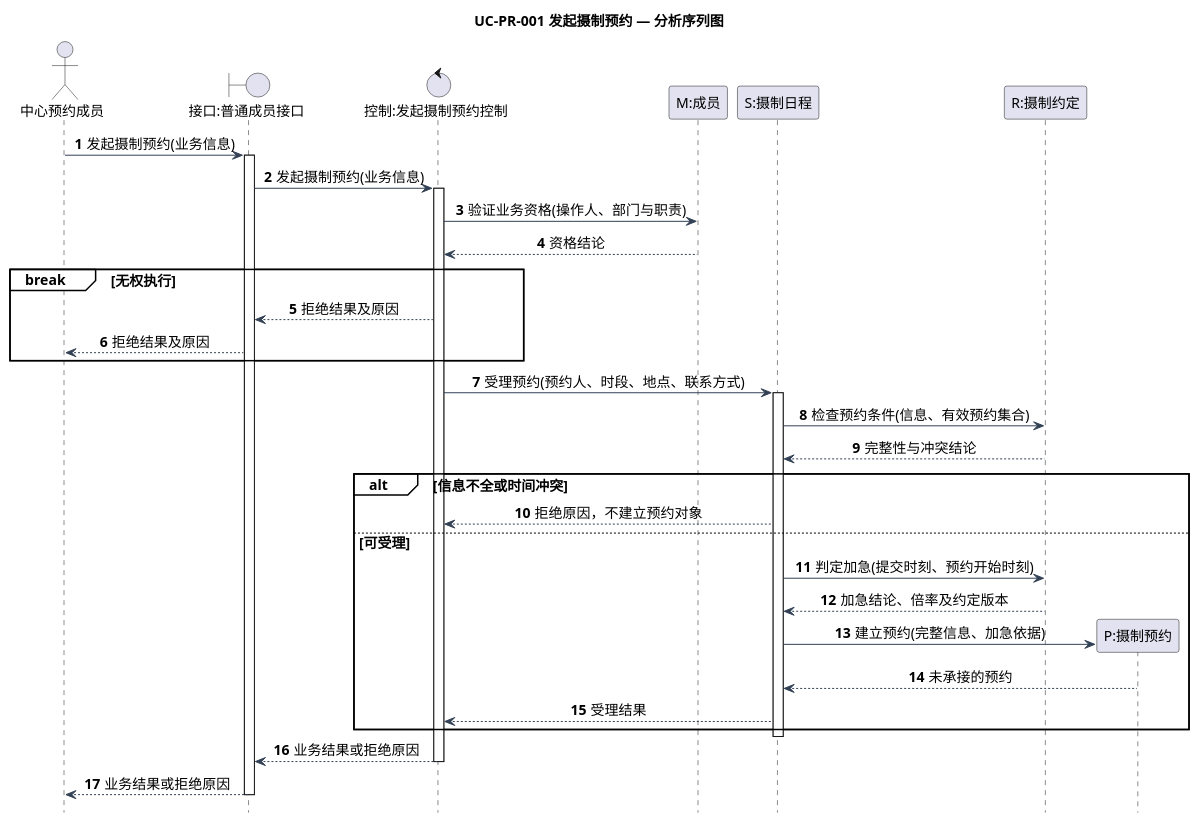
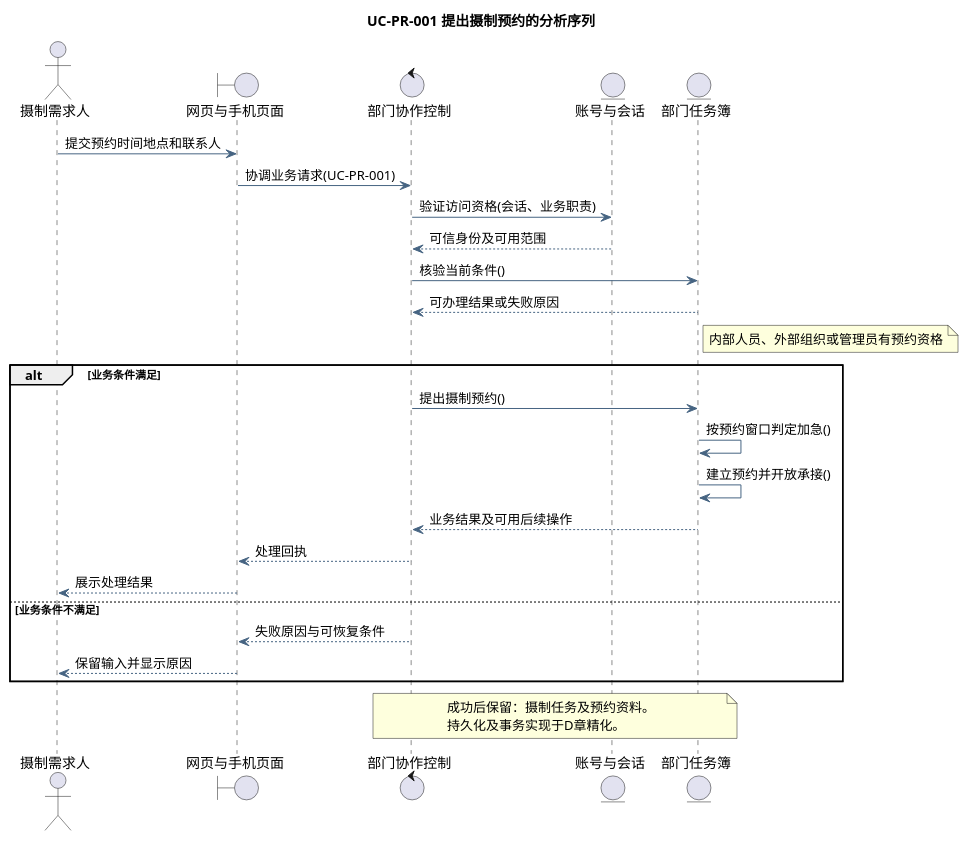
One commit to tccc1csu/miniprogram-csu changed the diagram in docs/diagrams/analysis/seq-uc-pr-001.puml. Above: the diagram before and after it, drawn with PlantUML. The commit also changed 376 other files, not shown here.

Commit message:
docs: align course UML and engineering documents with unified workbench

```diff
--- a/docs/diagrams/analysis/seq-uc-pr-001.puml
+++ b/docs/diagrams/analysis/seq-uc-pr-001.puml
@@ -1,54 +1,39 @@
 @startuml
-title UC-PR-001 发起摄制预约 — 分析序列图
 skinparam defaultFontName Microsoft YaHei
-skinparam defaultFontSize 14
 skinparam shadowing false
-skinparam backgroundColor white
+skinparam backgroundColor #FFFFFF
+skinparam ArrowColor #466482
 skinparam classAttributeIconSize 0
-skinparam classBackgroundColor #F5FAFF
-skinparam classBorderColor #46637F
-skinparam ArrowColor #334155
-skinparam nodesep 35
-skinparam ranksep 45
-hide footbox
-autonumber
-skinparam sequenceMessageAlign center
-skinparam sequenceGroupBackgroundColor white
-actor "中心预约成员" as A
-boundary "接口:普通成员接口" as B
-control "控制:发起摄制预约控制" as C
-participant "M:成员" as M
-participant "S:摄制日程" as S
-participant "R:摄制约定" as R
-A -> B: 发起摄制预约(业务信息)
-activate B
-B -> C: 发起摄制预约(业务信息)
-activate C
-C -> M: 验证业务资格(操作人、部门与职责)
-M --> C: 资格结论
-break 无权执行
-  C --> B: 拒绝结果及原因
-  B --> A: 拒绝结果及原因
+hide empty members
+title UC-PR-001 提出摄制预约的分析序列
+actor "摄制需求人" as actor
+boundary "网页与手机页面" as page
+control "部门协作控制" as ctl
+entity "账号与会话" as identity
+entity "部门任务簿" as model
+actor -> page : 提交预约时间地点和联系人
+page -> ctl : 协调业务请求(UC-PR-001)
+ctl -> identity : 验证访问资格(会话、业务职责)
+identity --> ctl : 可信身份及可用范围
+ctl -> model : 核验当前条件()
+model --> ctl : 可办理结果或失败原因
+note right of model
+内部人员、外部组织或管理员有预约资格
+end note
+alt 业务条件满足
+ctl -> model : 提出摄制预约()
+model -> model : 按预约窗口判定加急()
+model -> model : 建立预约并开放承接()
+model --> ctl : 业务结果及可用后续操作
+ctl --> page : 处理回执
+page --> actor : 展示处理结果
+else 业务条件不满足
+ctl --> page : 失败原因与可恢复条件
+page --> actor : 保留输入并显示原因
 end
+note over ctl,model
+成功后保留：摄制任务及预约资料。
+持久化及事务实现于D章精化。
+end note
 
-C -> S: 受理预约(预约人、时段、地点、联系方式)
-activate S
-S -> R: 检查预约条件(信息、有效预约集合)
-R --> S: 完整性与冲突结论
-alt 信息不全或时间冲突
-  S --> C: 拒绝原因，不建立预约对象
-else 可受理
-  S -> R: 判定加急(提交时刻、预约开始时刻)
-  R --> S: 加急结论、倍率及约定版本
-  create participant "P:摄制预约" as P
-  S -> P: 建立预约(完整信息、加急依据)
-  P --> S: 未承接的预约
-  S --> C: 受理结果
-end
-deactivate S
-
-C --> B: 业务结果或拒绝原因
-deactivate C
-B --> A: 业务结果或拒绝原因
-deactivate B
 @enduml
```
